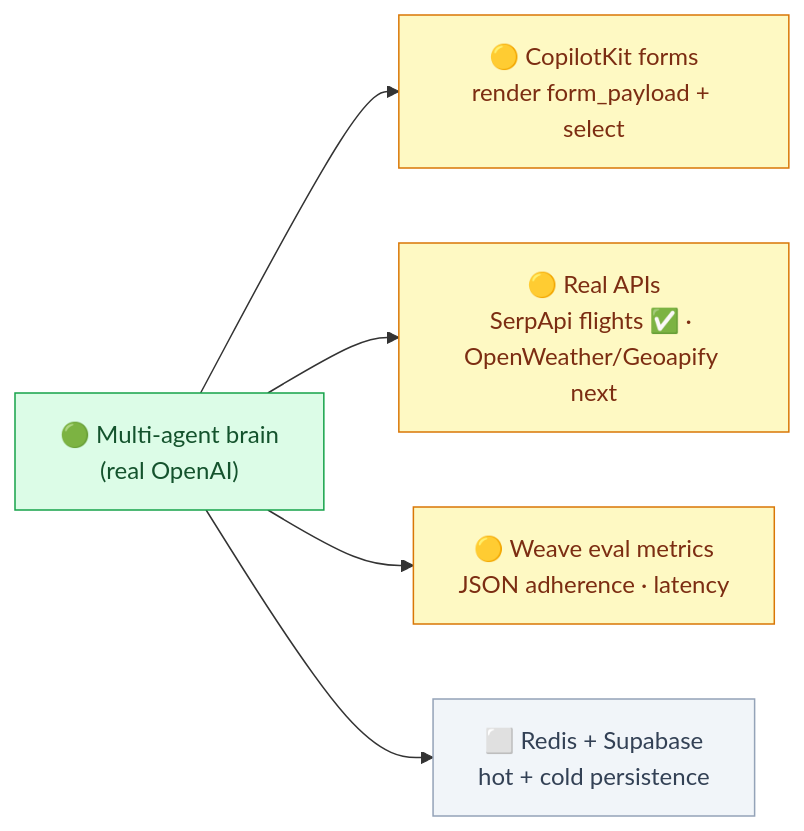
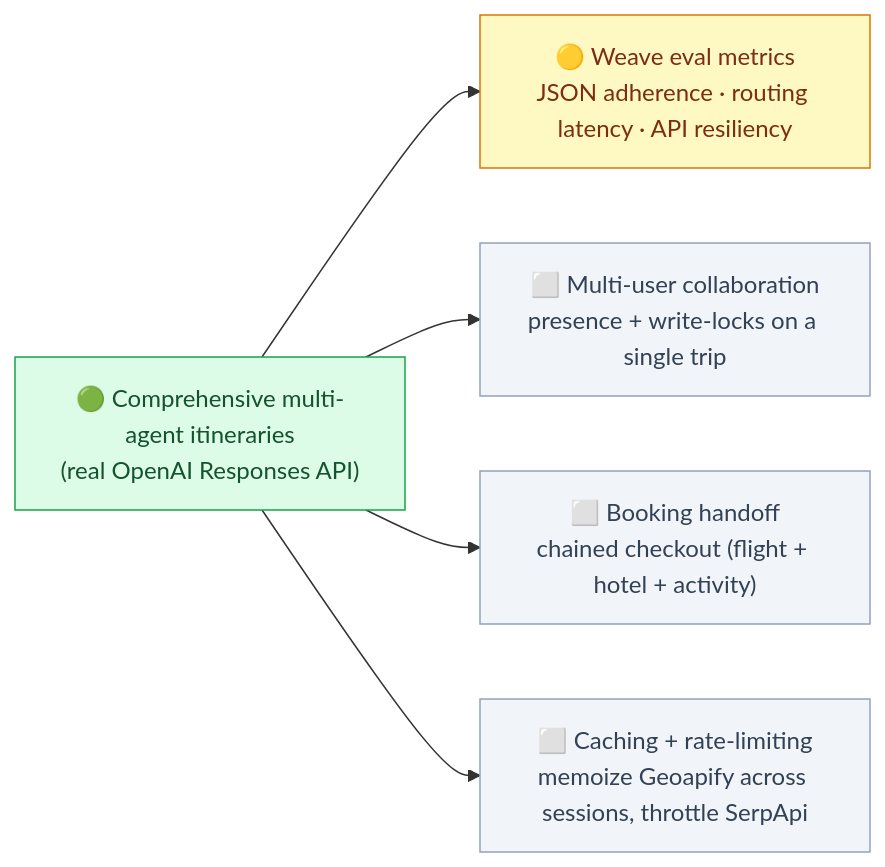
One commit to zhastdoit/MyTravelCompanion changed the third of 3 diagrams in STATUS.md. Above: the diagram before and after it, drawn with Mermaid. The commit also changed other lines of this file and 31 other files, not shown here.

````diff
--- a/STATUS.md
+++ b/STATUS.md
@@ -97,13 +114,13 @@
 ```mermaid
 flowchart LR
-  A["🟢 Multi-agent brain<br/>(real OpenAI)"]:::done
+  A["🟢 Comprehensive multi-agent itineraries<br/>(real OpenAI Responses API)"]:::done
 
-  A --> B["🟡 CopilotKit forms<br/>render form_payload + select"]:::next
-  A --> C["🟡 Real APIs<br/>SerpApi flights ✅ · OpenWeather/Geoapify next"]:::next
-  A --> D["🟡 Weave eval metrics<br/>JSON adherence · latency"]:::next
-  A --> E["⬜ Redis + Supabase<br/>hot + cold persistence"]:::todo
+  A --> B["🟡 Weave eval metrics<br/>JSON adherence · routing latency · API resiliency"]:::next
+  A --> C["⬜ Multi-user collaboration<br/>presence + write-locks on a single trip"]:::todo
+  A --> D["⬜ Booking handoff<br/>chained checkout (flight + hotel + activity)"]:::todo
+  A --> E["⬜ Caching + rate-limiting<br/>memoize Geoapify across sessions, throttle SerpApi"]:::todo
 
   classDef done fill:#dcfce7,stroke:#16a34a,color:#14532d;
   classDef next fill:#fef9c3,stroke:#d97706,color:#7c2d12;
   classDef todo fill:#f1f5f9,stroke:#94a3b8,color:#334155;
 ```
````
